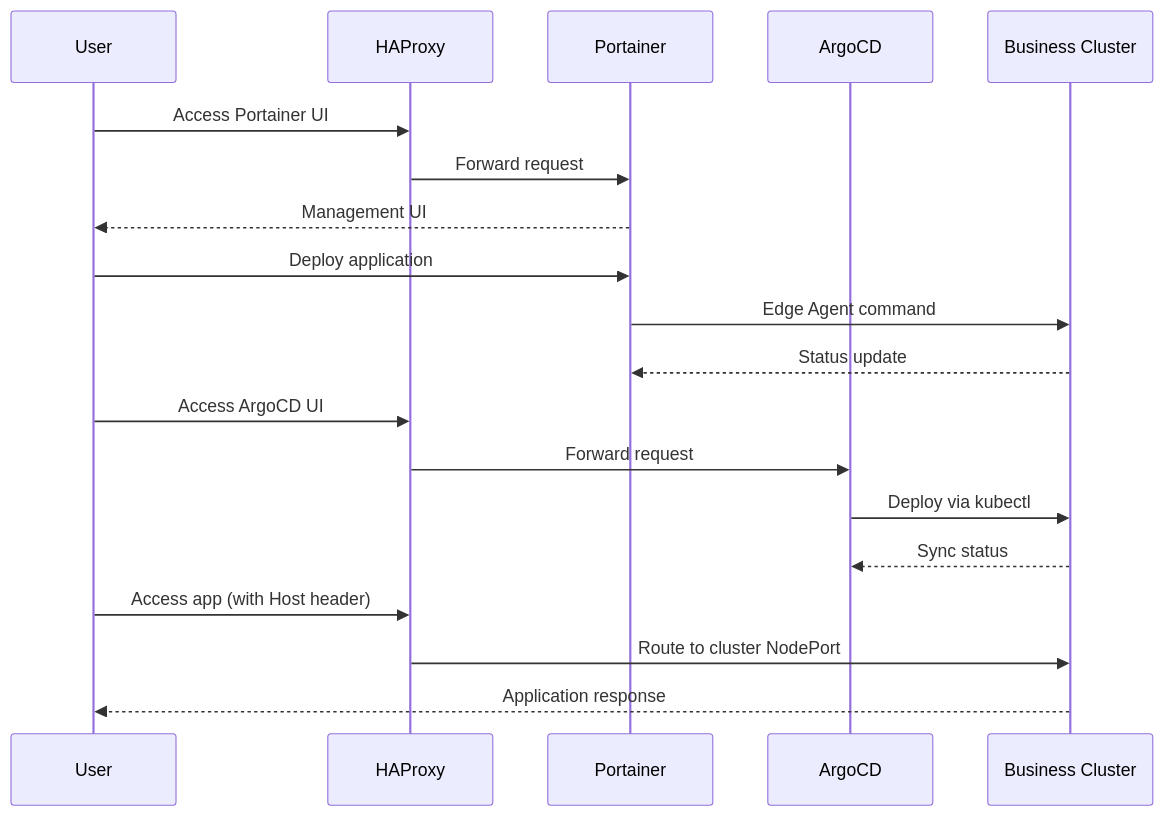
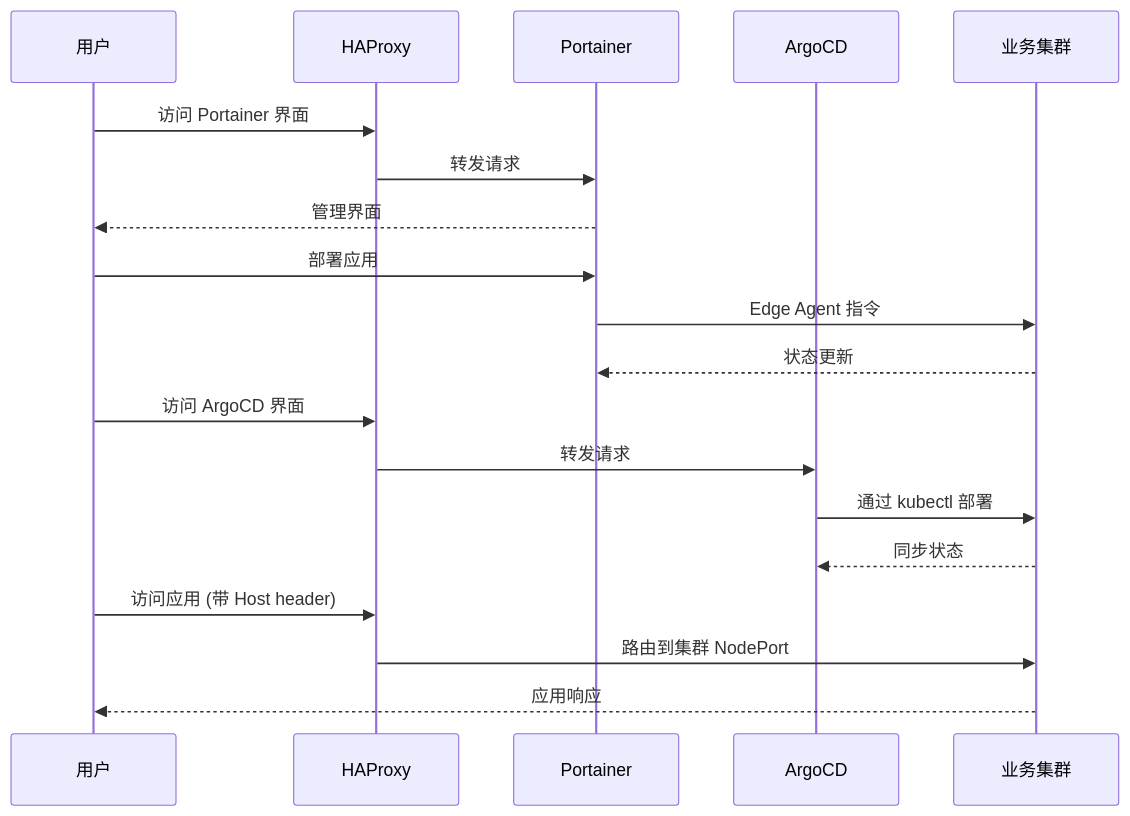
One commit to HofmannHe/Kindler changed the second of 2 diagrams in README.md. Above: the diagram before and after it, drawn with Mermaid. The commit also changed other lines of this file and 113 other files, not shown here.

````diff
--- a/README.md
+++ b/README.md
@@ -90,25 +99,25 @@
 ```mermaid
 sequenceDiagram
-    participant User
+    participant User as 用户
     participant HAProxy
     participant Portainer
     participant ArgoCD
-    participant K8sCluster as Business Cluster
+    participant K8sCluster as 业务集群
 
-    User->>HAProxy: Access Portainer UI
-    HAProxy->>Portainer: Forward request
-    Portainer-->>User: Management UI
+    User->>HAProxy: 访问 Portainer 界面
+    HAProxy->>Portainer: 转发请求
+    Portainer-->>User: 管理界面
 
-    User->>Portainer: Deploy application
-    Portainer->>K8sCluster: Edge Agent command
-    K8sCluster-->>Portainer: Status update
+    User->>Portainer: 部署应用
+    Portainer->>K8sCluster: Edge Agent 指令
+    K8sCluster-->>Portainer: 状态更新
 
-    User->>HAProxy: Access ArgoCD UI
-    HAProxy->>ArgoCD: Forward request
-    ArgoCD->>K8sCluster: Deploy via kubectl
-    K8sCluster-->>ArgoCD: Sync status
+    User->>HAProxy: 访问 ArgoCD 界面
+    HAProxy->>ArgoCD: 转发请求
+    ArgoCD->>K8sCluster: 通过 kubectl 部署
+    K8sCluster-->>ArgoCD: 同步状态
 
-    User->>HAProxy: Access app (with Host header)
-    HAProxy->>K8sCluster: Route to cluster NodePort
-    K8sCluster-->>User: Application response
+    User->>HAProxy: 访问应用 (带 Host header)
+    HAProxy->>K8sCluster: 路由到集群 NodePort
+    K8sCluster-->>User: 应用响应
 ```
````
